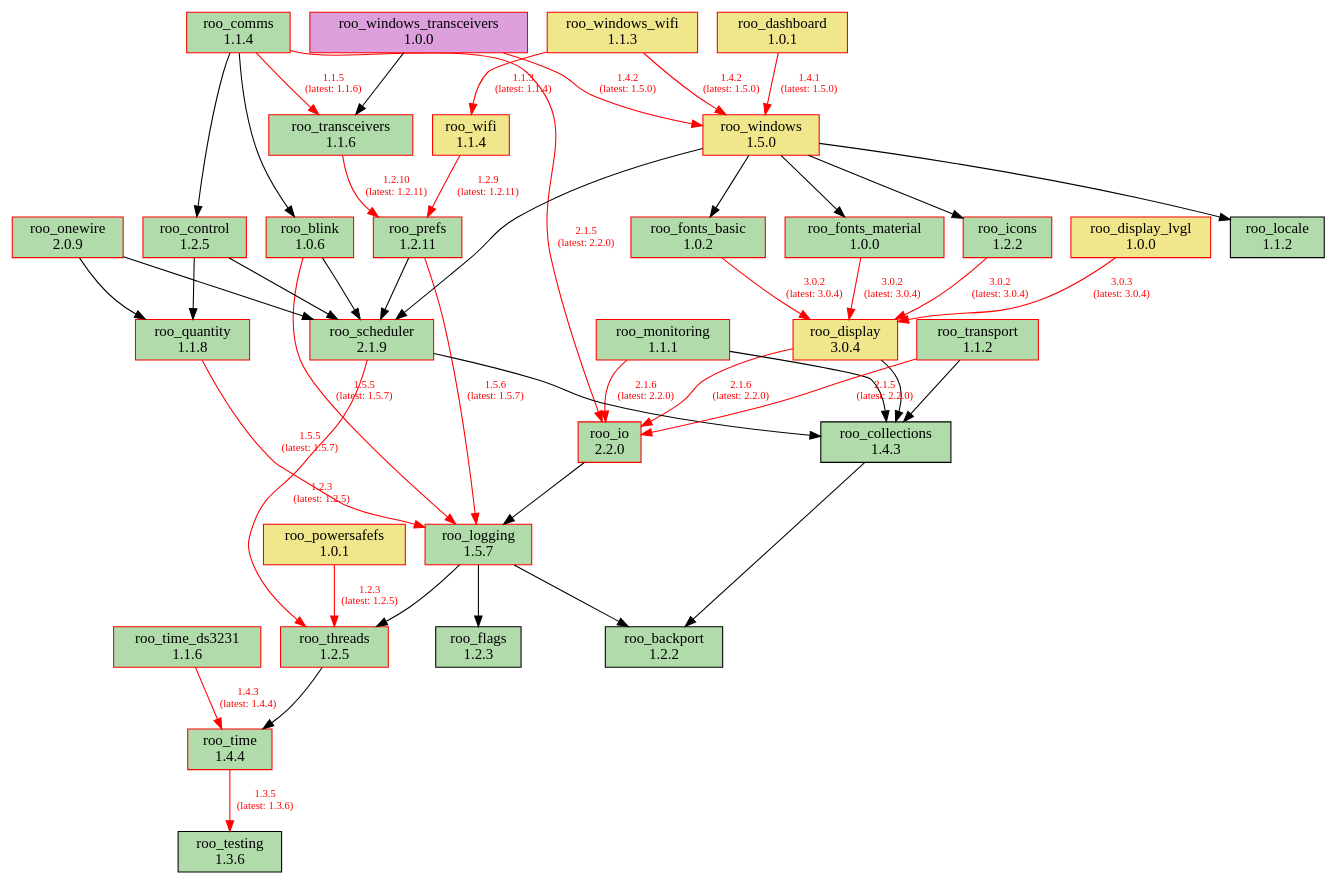
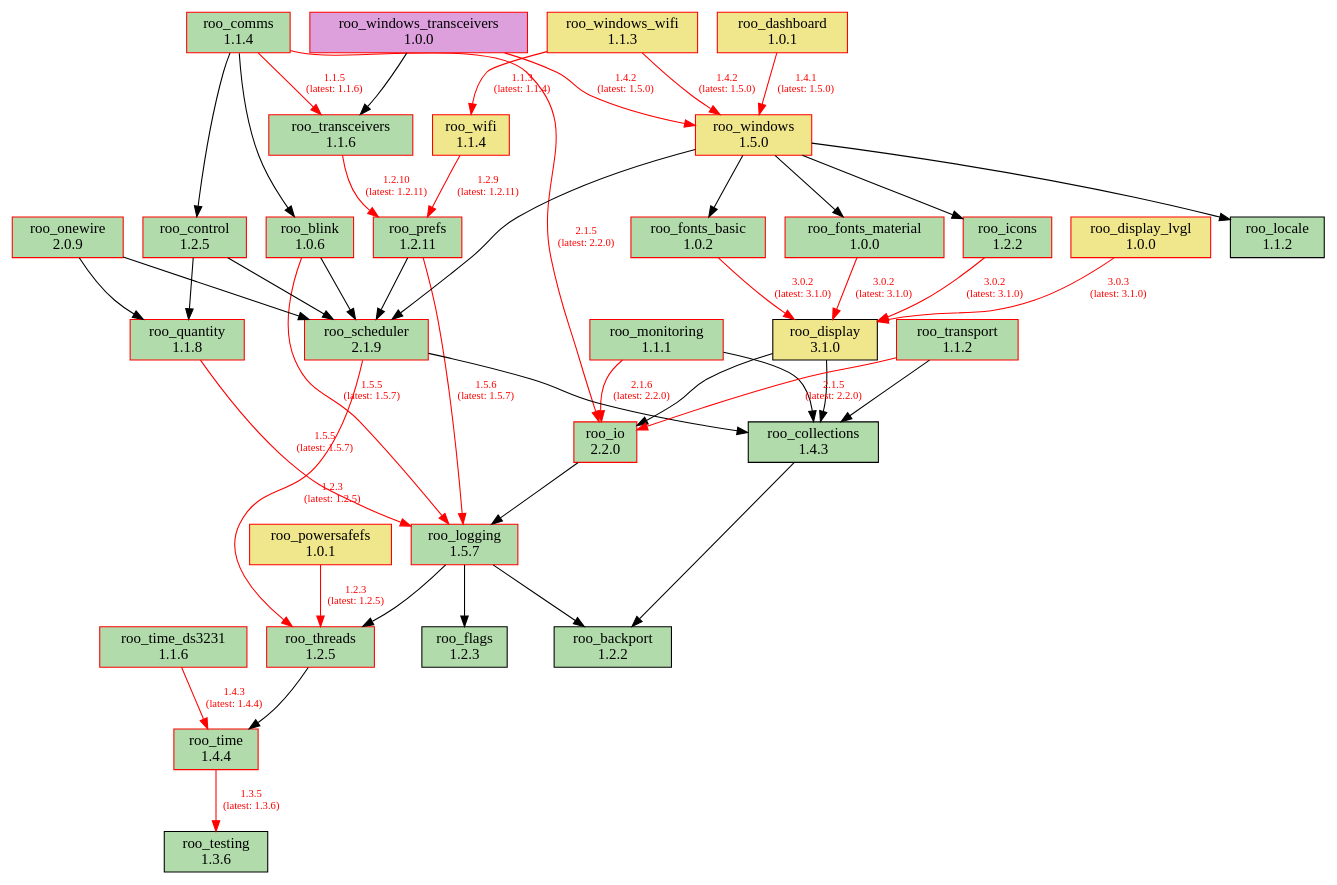
Before and after one commit to dejwk/roo-registry: the diagram in doc/dependencies.dot, drawn with Graphviz. The commit also changed 3 other files, not shown here.

Commit message:
Added roo_display 3.1.0 to the registry.

```diff
--- a/doc/dependencies.dot
+++ b/doc/dependencies.dot
@@ -1,86 +1,86 @@
 digraph dependencies {
     rankdir=TB;
     node [shape=box, style=filled];
     edge [fontsize=10];
 
     // Modules
     "roo_backport" [label="roo_backport\n1.2.2", fillcolor="#b1dbab", color="black"];
     "roo_blink" [label="roo_blink\n1.0.6", fillcolor="#b1dbab", color="red"];
     "roo_collections" [label="roo_collections\n1.4.3", fillcolor="#b1dbab", color="black"];
     "roo_comms" [label="roo_comms\n1.1.4", fillcolor="#b1dbab", color="red"];
     "roo_control" [label="roo_control\n1.2.5", fillcolor="#b1dbab", color="red"];
     "roo_dashboard" [label="roo_dashboard\n1.0.1", fillcolor="khaki", color="red"];
-    "roo_display" [label="roo_display\n3.0.4", fillcolor="khaki", color="red"];
+    "roo_display" [label="roo_display\n3.1.0", fillcolor="khaki", color="black"];
     "roo_display_lvgl" [label="roo_display_lvgl\n1.0.0", fillcolor="khaki", color="red"];
     "roo_flags" [label="roo_flags\n1.2.3", fillcolor="#b1dbab", color="black"];
     "roo_fonts_basic" [label="roo_fonts_basic\n1.0.2", fillcolor="#b1dbab", color="red"];
     "roo_fonts_material" [label="roo_fonts_material\n1.0.0", fillcolor="#b1dbab", color="red"];
     "roo_icons" [label="roo_icons\n1.2.2", fillcolor="#b1dbab", color="red"];
     "roo_io" [label="roo_io\n2.2.0", fillcolor="#b1dbab", color="red"];
     "roo_locale" [label="roo_locale\n1.1.2", fillcolor="#b1dbab", color="black"];
     "roo_logging" [label="roo_logging\n1.5.7", fillcolor="#b1dbab", color="red"];
     "roo_monitoring" [label="roo_monitoring\n1.1.1", fillcolor="#b1dbab", color="red"];
     "roo_onewire" [label="roo_onewire\n2.0.9", fillcolor="#b1dbab", color="red"];
     "roo_powersafefs" [label="roo_powersafefs\n1.0.1", fillcolor="khaki", color="red"];
     "roo_prefs" [label="roo_prefs\n1.2.11", fillcolor="#b1dbab", color="red"];
     "roo_quantity" [label="roo_quantity\n1.1.8", fillcolor="#b1dbab", color="red"];
     "roo_scheduler" [label="roo_scheduler\n2.1.9", fillcolor="#b1dbab", color="red"];
     "roo_testing" [label="roo_testing\n1.3.6", fillcolor="#b1dbab", color="black"];
     "roo_threads" [label="roo_threads\n1.2.5", fillcolor="#b1dbab", color="red"];
     "roo_time" [label="roo_time\n1.4.4", fillcolor="#b1dbab", color="red"];
     "roo_time_ds3231" [label="roo_time_ds3231\n1.1.6", fillcolor="#b1dbab", color="red"];
     "roo_transceivers" [label="roo_transceivers\n1.1.6", fillcolor="#b1dbab", color="red"];
     "roo_transport" [label="roo_transport\n1.1.2", fillcolor="#b1dbab", color="red"];
     "roo_wifi" [label="roo_wifi\n1.1.4", fillcolor="khaki", color="red"];
     "roo_windows" [label="roo_windows\n1.5.0", fillcolor="khaki", color="red"];
     "roo_windows_transceivers" [label="roo_windows_transceivers\n1.0.0", fillcolor="plum", color="red"];
     "roo_windows_wifi" [label="roo_windows_wifi\n1.1.3", fillcolor="khaki", color="red"];
 
     // Dependencies
     "roo_blink" -> "roo_logging" [color=red, fontcolor=red, label="1.5.5\n(latest: 1.5.7)"];
     "roo_blink" -> "roo_scheduler";
     "roo_collections" -> "roo_backport";
     "roo_comms" -> "roo_blink";
     "roo_comms" -> "roo_control";
     "roo_comms" -> "roo_io" [color=red, fontcolor=red, label="2.1.5\n(latest: 2.2.0)"];
     "roo_comms" -> "roo_transceivers" [color=red, fontcolor=red, label="1.1.5\n(latest: 1.1.6)"];
     "roo_control" -> "roo_quantity";
     "roo_control" -> "roo_scheduler";
     "roo_dashboard" -> "roo_windows" [color=red, fontcolor=red, label="1.4.1\n(latest: 1.5.0)"];
     "roo_display" -> "roo_collections";
-    "roo_display" -> "roo_io" [color=red, fontcolor=red, label="2.1.6\n(latest: 2.2.0)"];
-    "roo_display_lvgl" -> "roo_display" [color=red, fontcolor=red, label="3.0.3\n(latest: 3.0.4)"];
-    "roo_fonts_basic" -> "roo_display" [color=red, fontcolor=red, label="3.0.2\n(latest: 3.0.4)"];
-    "roo_fonts_material" -> "roo_display" [color=red, fontcolor=red, label="3.0.2\n(latest: 3.0.4)"];
-    "roo_icons" -> "roo_display" [color=red, fontcolor=red, label="3.0.2\n(latest: 3.0.4)"];
+    "roo_display" -> "roo_io";
+    "roo_display_lvgl" -> "roo_display" [color=red, fontcolor=red, label="3.0.3\n(latest: 3.1.0)"];
+    "roo_fonts_basic" -> "roo_display" [color=red, fontcolor=red, label="3.0.2\n(latest: 3.1.0)"];
+    "roo_fonts_material" -> "roo_display" [color=red, fontcolor=red, label="3.0.2\n(latest: 3.1.0)"];
+    "roo_icons" -> "roo_display" [color=red, fontcolor=red, label="3.0.2\n(latest: 3.1.0)"];
     "roo_io" -> "roo_logging";
     "roo_logging" -> "roo_backport";
     "roo_logging" -> "roo_flags";
     "roo_logging" -> "roo_threads";
     "roo_monitoring" -> "roo_collections";
     "roo_monitoring" -> "roo_io" [color=red, fontcolor=red, label="2.1.6\n(latest: 2.2.0)"];
     "roo_onewire" -> "roo_scheduler";
     "roo_onewire" -> "roo_quantity";
     "roo_powersafefs" -> "roo_threads" [color=red, fontcolor=red, label="1.2.3\n(latest: 1.2.5)"];
     "roo_prefs" -> "roo_logging" [color=red, fontcolor=red, label="1.5.6\n(latest: 1.5.7)"];
     "roo_prefs" -> "roo_scheduler";
     "roo_quantity" -> "roo_logging" [color=red, fontcolor=red, label="1.5.5\n(latest: 1.5.7)"];
     "roo_scheduler" -> "roo_collections";
     "roo_scheduler" -> "roo_threads" [color=red, fontcolor=red, label="1.2.3\n(latest: 1.2.5)"];
     "roo_threads" -> "roo_time";
     "roo_time" -> "roo_testing" [color=red, fontcolor=red, label="1.3.5\n(latest: 1.3.6)"];
     "roo_time_ds3231" -> "roo_time" [color=red, fontcolor=red, label="1.4.3\n(latest: 1.4.4)"];
     "roo_transceivers" -> "roo_prefs" [color=red, fontcolor=red, label="1.2.10\n(latest: 1.2.11)"];
     "roo_transport" -> "roo_collections";
     "roo_transport" -> "roo_io" [color=red, fontcolor=red, label="2.1.5\n(latest: 2.2.0)"];
     "roo_wifi" -> "roo_prefs" [color=red, fontcolor=red, label="1.2.9\n(latest: 1.2.11)"];
     "roo_windows" -> "roo_fonts_basic";
     "roo_windows" -> "roo_fonts_material";
     "roo_windows" -> "roo_locale";
     "roo_windows" -> "roo_icons";
     "roo_windows" -> "roo_scheduler";
     "roo_windows_transceivers" -> "roo_transceivers";
     "roo_windows_transceivers" -> "roo_windows" [color=red, fontcolor=red, label="1.4.2\n(latest: 1.5.0)"];
     "roo_windows_wifi" -> "roo_wifi" [color=red, fontcolor=red, label="1.1.3\n(latest: 1.1.4)"];
     "roo_windows_wifi" -> "roo_windows" [color=red, fontcolor=red, label="1.4.2\n(latest: 1.5.0)"];
 }
```
